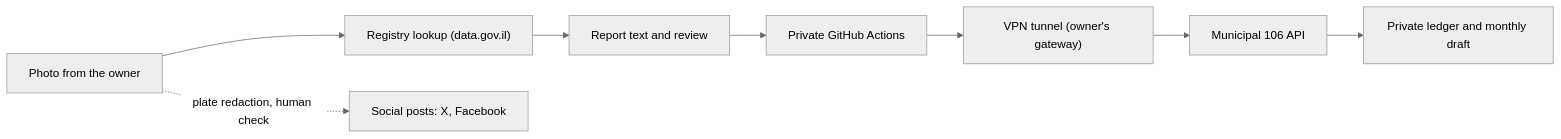
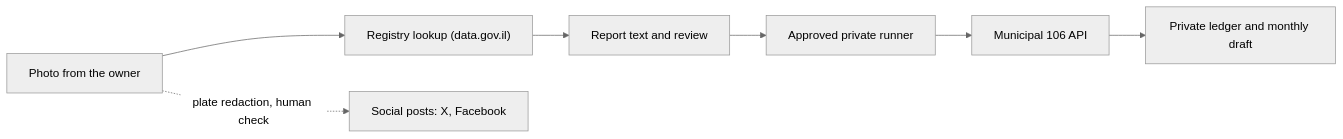
Before and after one commit to reihlinstinct/parking-report-helper: the diagram in README.md, drawn with Mermaid (neutral theme). The commit also changed other lines of this file, not shown here.

First line of the commit message:
docs: keep deployment details generic and private (#143)

````diff
--- a/README.md
+++ b/README.md
@@ -26,10 +25,9 @@
 ```mermaid
 flowchart LR
     P["Photo from the owner"] --> R["Registry lookup (data.gov.il)"]
     R --> T["Report text and review"]
-    T --> A["Private GitHub Actions"]
-    A --> V["VPN tunnel (owner's gateway)"]
-    V --> M["Municipal 106 API"]
+    T --> A["Approved private runner"]
+    A --> M["Municipal 106 API"]
     M --> L["Private ledger and monthly draft"]
     P -. "plate redaction, human check" .-> S["Social posts: X, Facebook"]
 ```
````
